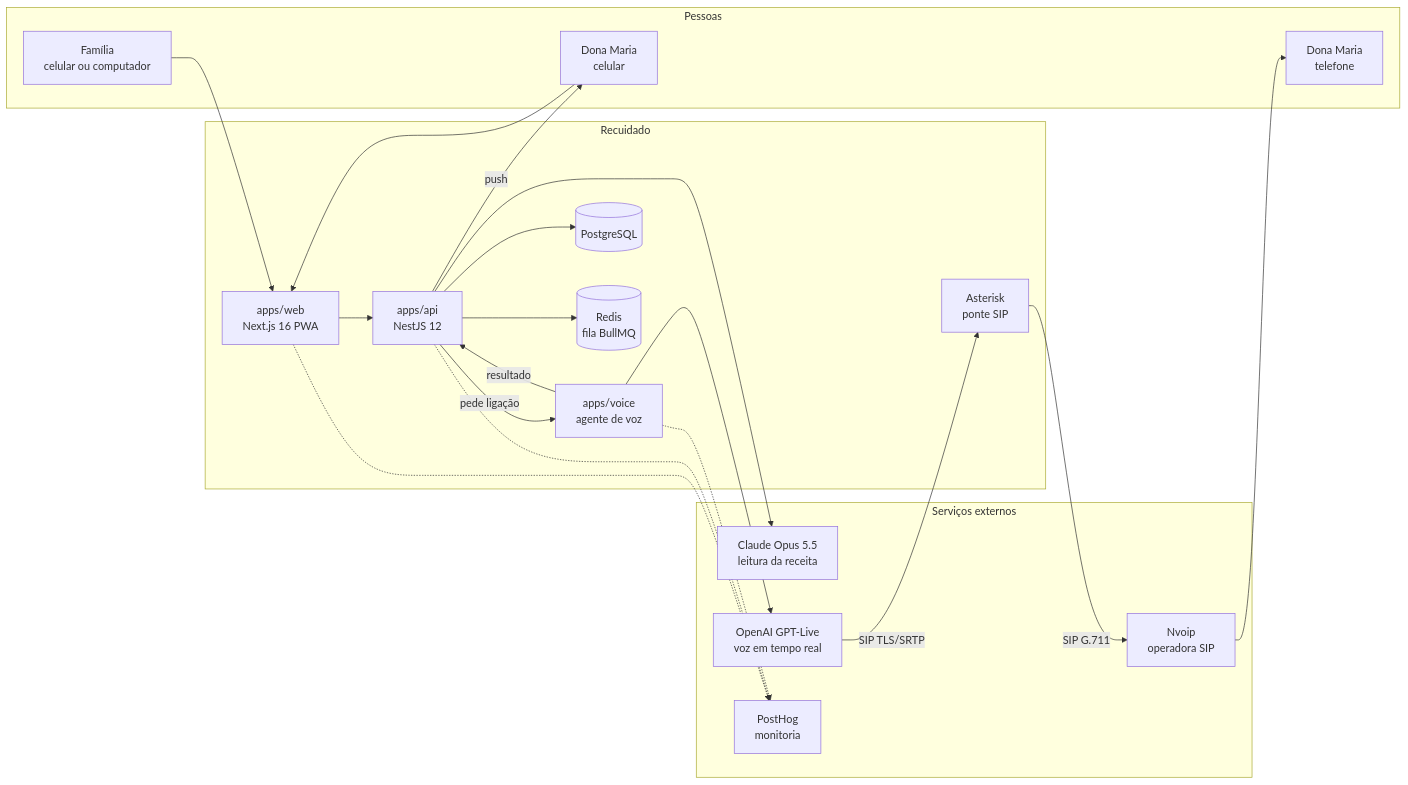
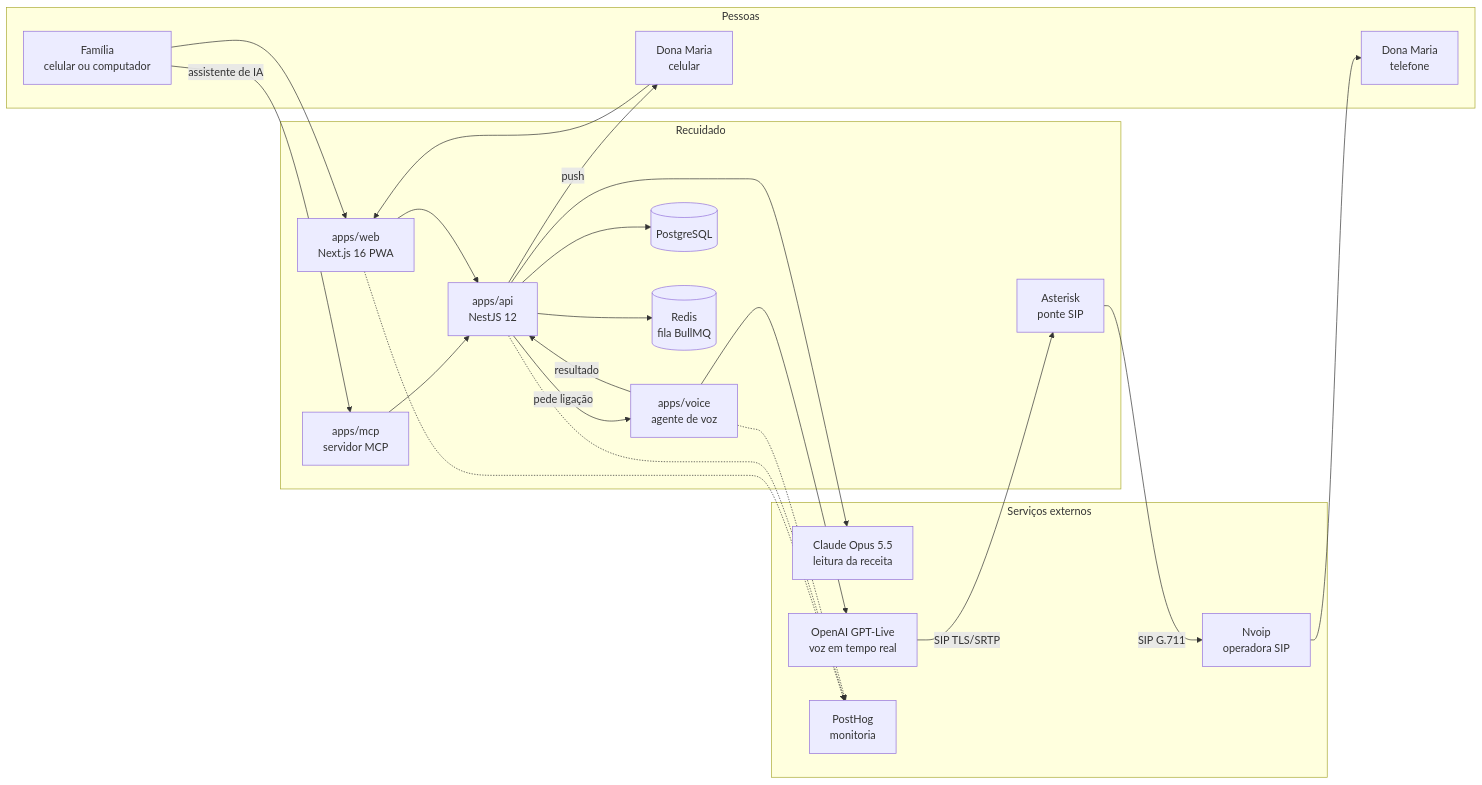
The first of 2 diagrams in README.md (lucianoiw/recuidado), drawn with Mermaid before and after one commit. The commit also changed other lines of this file, not shown here.

First line of the commit message:
docs: add MCP server and its use cases to the README

````diff
--- a/README.md
+++ b/README.md
@@ -40,41 +41,44 @@
 ```mermaid
 flowchart LR
   subgraph pessoas [Pessoas]
     F[Família<br/>celular ou computador]
     M[Dona Maria<br/>celular]
     T[Dona Maria<br/>telefone]
   end
 
   subgraph app [Recuidado]
     W[apps/web<br/>Next.js 16 PWA]
     A[apps/api<br/>NestJS 12]
     V[apps/voice<br/>agente de voz]
+    X[apps/mcp<br/>servidor MCP]
     K[Asterisk<br/>ponte SIP]
     P[(PostgreSQL)]
     R[(Redis<br/>fila BullMQ)]
   end
 
   subgraph ext [Serviços externos]
     C[Claude Opus 5.5<br/>leitura da receita]
     G[OpenAI GPT-Live<br/>voz em tempo real]
     N[Nvoip<br/>operadora SIP]
     H[PostHog<br/>monitoria]
   end
 
   F --> W
+  F -- assistente de IA --> X
+  X --> A
   M --> W
   W --> A
   A --> P
   A --> R
   A --> C
   A -- push --> M
   A -- pede ligação --> V
   V --> G
   G -- SIP TLS/SRTP --> K
   K -- SIP G.711 --> N
   N --> T
   V -- resultado --> A
   W -.-> H
   A -.-> H
   V -.-> H
 ```
````
